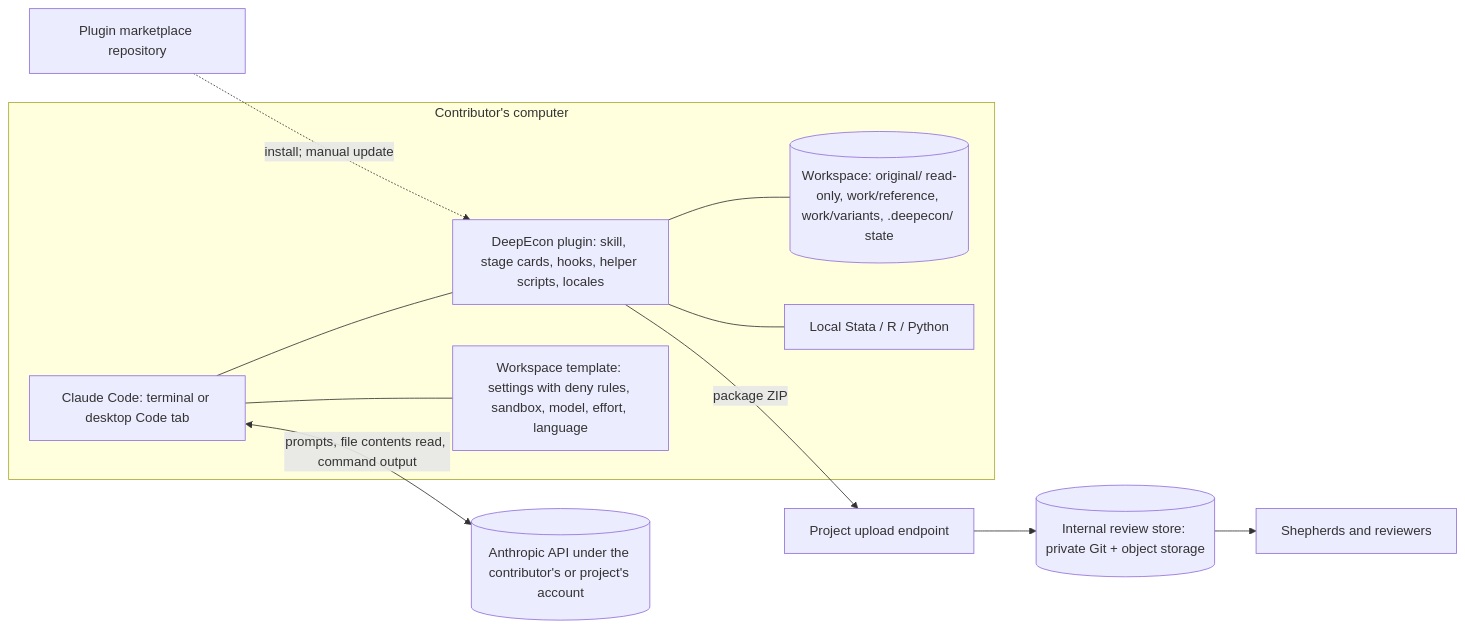
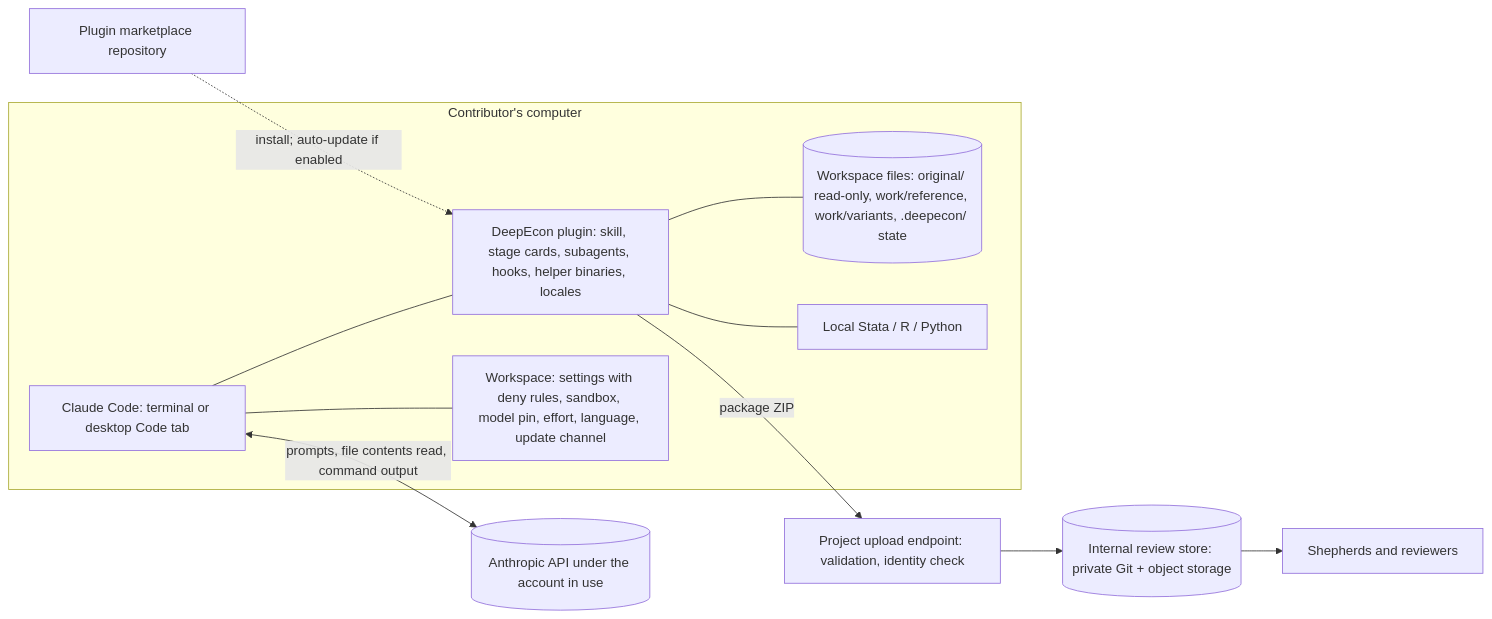
The diagram in docs/architecture/option-b-local-skill.md (Sellyew/Deepecon-Contributtor-Guide-UI), drawn with Mermaid before and after one commit. The commit also changed other lines of this file and 8 other files, not shown here.

First line of the commit message:
Rebalance the architecture comparison and costs after fairness reviews

````diff
--- a/docs/architecture/option-b-local-skill.md
+++ b/docs/architecture/option-b-local-skill.md
@@ -52,19 +57,19 @@
 ```mermaid
 flowchart LR
   subgraph C[Contributor's computer]
     CC[Claude Code: terminal or desktop Code tab]
-    PL[DeepEcon plugin: skill, stage cards, hooks, helper scripts, locales]
-    TP[Workspace template: settings with deny rules, sandbox, model, effort, language]
-    WS[(Workspace: original/ read-only, work/reference, work/variants, .deepecon/ state)]
+    PL[DeepEcon plugin: skill, stage cards, subagents, hooks, helper binaries, locales]
+    TP[Workspace: settings with deny rules, sandbox, model pin, effort, language, update channel]
+    WS[(Workspace files: original/ read-only, work/reference, work/variants, .deepecon/ state)]
     SW[Local Stata / R / Python]
     CC --- PL
     CC --- TP
     PL --- WS
     PL --- SW
   end
-  CC <-- prompts, file contents read, command output --> MP[(Anthropic API under the contributor's or project's account)]
-  PL -- package ZIP --> UP[Project upload endpoint]
+  CC <-- prompts, file contents read, command output --> MP[(Anthropic API under the account in use)]
+  PL -- package ZIP --> UP[Project upload endpoint: validation, identity check]
   UP --> IR[(Internal review store: private Git + object storage)]
   IR --> SH[Shepherds and reviewers]
-  GH[Plugin marketplace repository] -. install; manual update .-> PL
+  GH[Plugin marketplace repository] -. install; auto-update if enabled .-> PL
 ```
````
